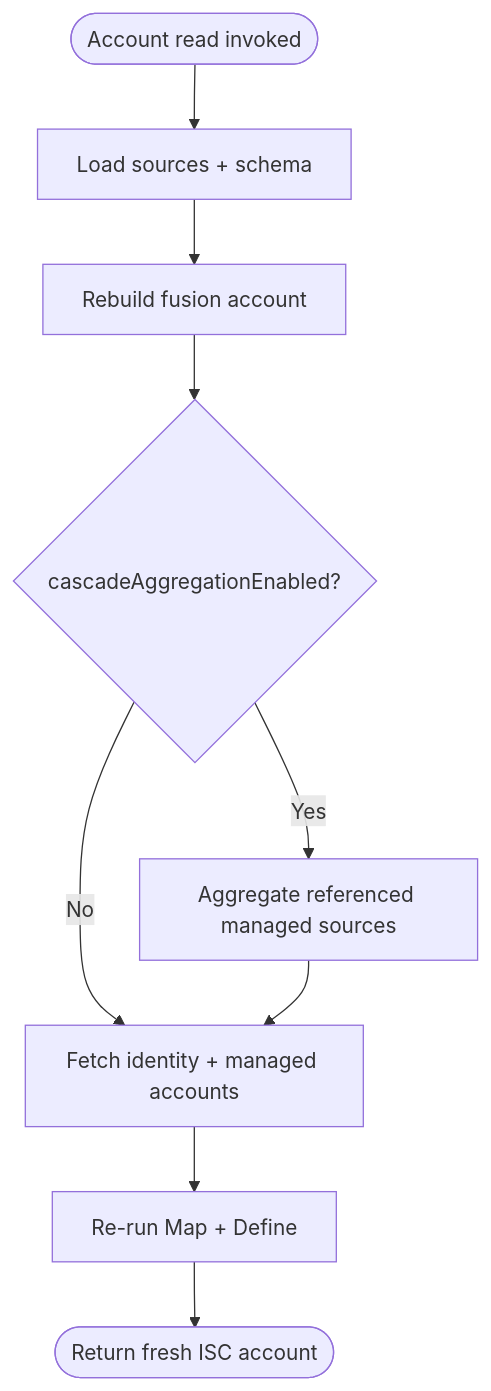
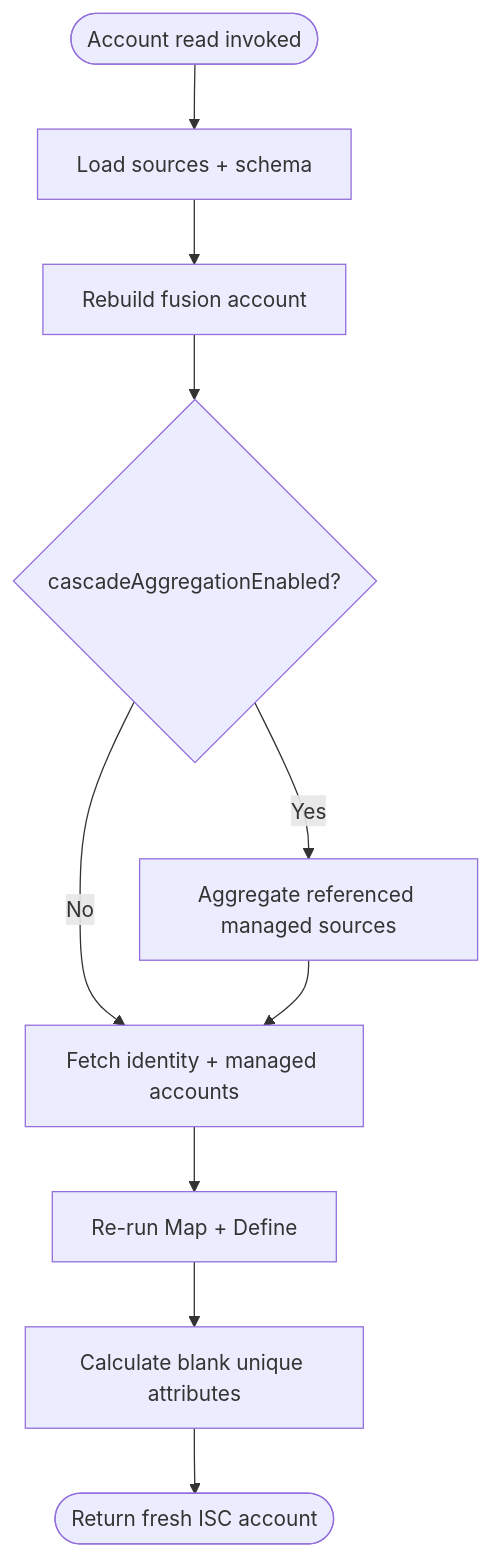
The diagram in docs/operations/account-read.md (fernando-delosrios-sp/colab-saas-conn-sailpoint-identity-fusion), drawn with Mermaid before and after one commit. The commit also changed other lines of this file and 14 other files, not shown here.

First line of the commit message:
fix(definition-service): calculate blank unique attributes on refresh

````diff
--- a/docs/operations/account-read.md
+++ b/docs/operations/account-read.md
@@ -9,11 +9,12 @@
 ```mermaid
 flowchart TD
     Start([Account read invoked]) --> Setup[Load sources + schema]
     Setup --> Rebuild[Rebuild fusion account]
     Rebuild --> Cascade{cascadeAggregationEnabled?}
     Cascade -- Yes --> Agg[Aggregate referenced managed sources]
     Cascade -- No --> Fetch
     Agg --> Fetch[Fetch identity + managed accounts]
     Fetch --> Map[Re-run Map + Define]
-    Map --> Out([Return fresh ISC account])
+    Map --> Unique[Calculate blank unique attributes]
+    Unique --> Out([Return fresh ISC account])
 ```
````
